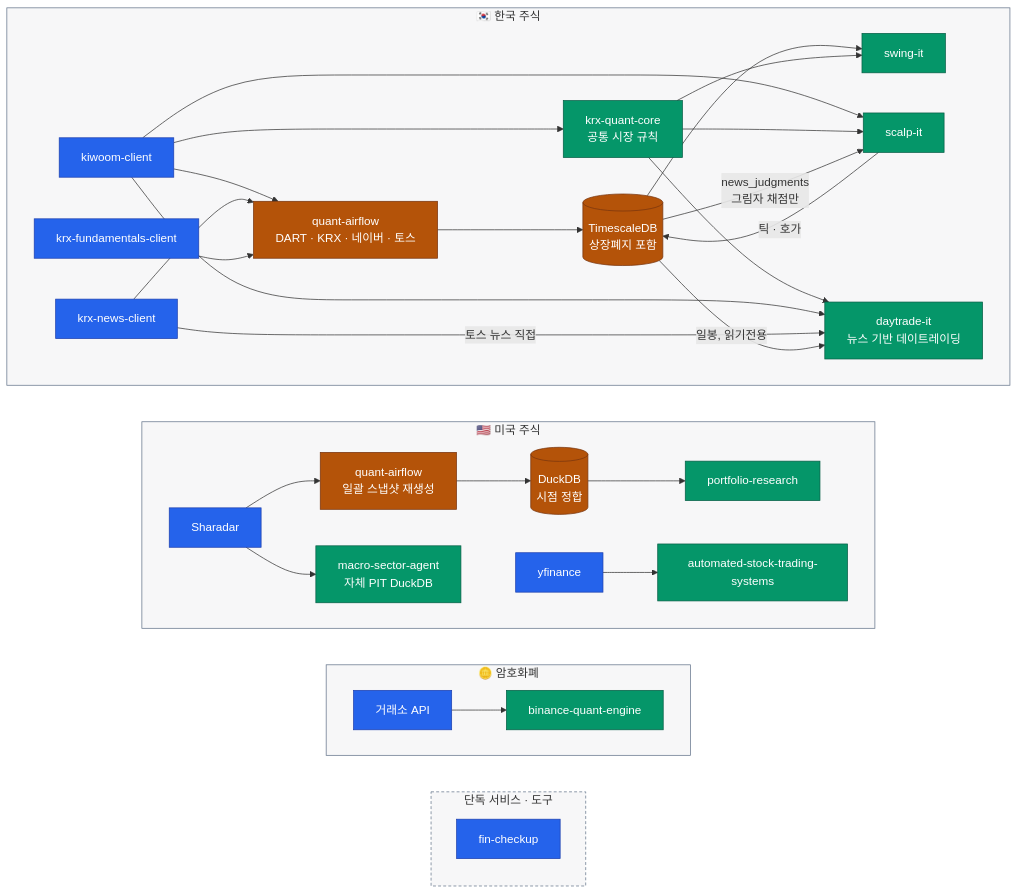
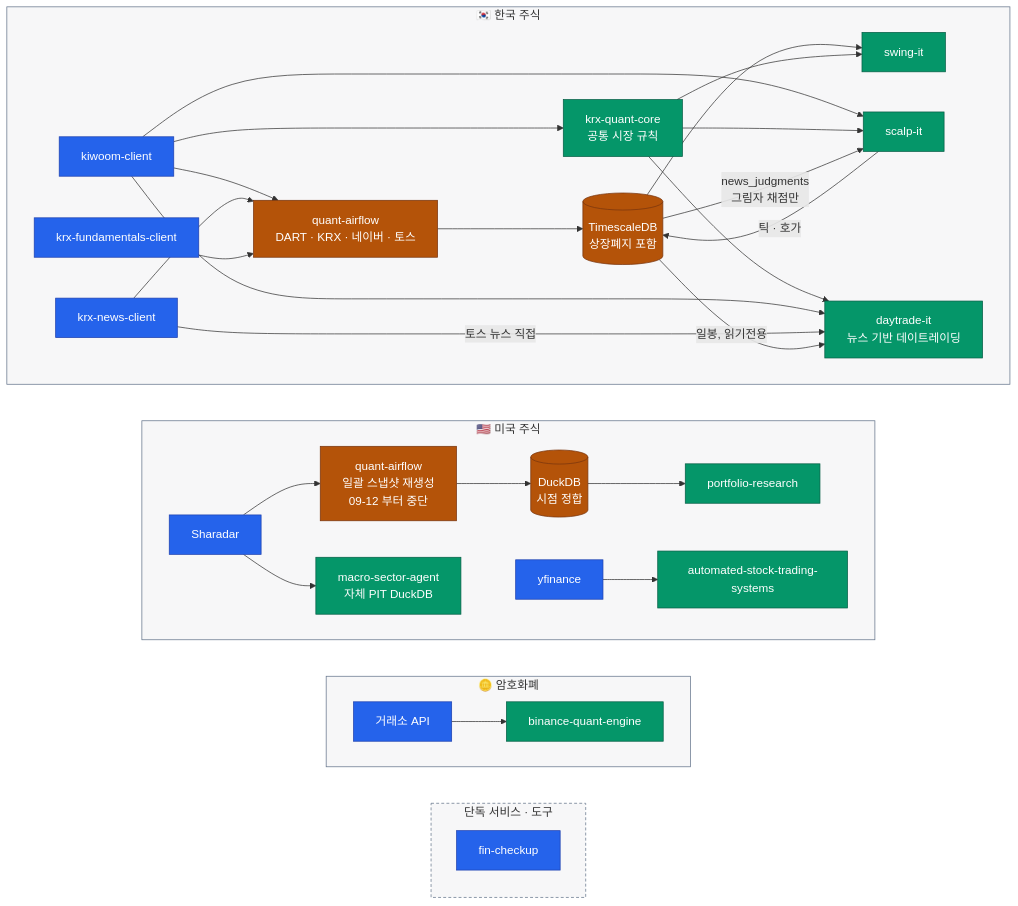
Before and after one commit to younghwan91/younghwan91: the first of 3 diagrams in README.ko.md, drawn with Mermaid. The commit also changed other lines of this file and 1 other file, not shown here.

First line of the commit message:
docs(readme): 09-14~16 변경 반영 — Sharadar 중단, krx-quant-core 0.4, daytrade-it 5종목, CI 게이트 동기화

````diff
--- a/README.ko.md
+++ b/README.ko.md
@@ -22,52 +22,52 @@
 ```mermaid
 flowchart TB
     subgraph KR ["🇰🇷 한국 주식"]
         direction LR
         K["kiwoom-client"] --> AF["quant-airflow<br/>DART · KRX · 네이버 · 토스"] --> DB[("TimescaleDB<br/>상장폐지 포함")] --> Q["swing-it"]
         NW["krx-news-client"] --> AF
         F["krx-fundamentals-client"] --> AF
         K --> SC["scalp-it"]
         KC["krx-quant-core<br/>공통 시장 규칙"] --> SC
         KC --> KSIG
         KC --> Q
         K --> KC
         SC -- "틱 · 호가" --> DB
         DB -- "news_judgments<br/>그림자 채점만" --> SC
         K --> KSIG["daytrade-it<br/>뉴스 기반 데이트레이딩"]
         NW -- "토스 뉴스 직접" --> KSIG
         DB -- "일봉, 읽기전용" --> KSIG
     end
 
     subgraph US ["🇺🇸 미국 주식"]
         direction LR
-        SH["Sharadar"] --> AFU["quant-airflow<br/>일괄 스냅샷 재생성"] --> DD[("DuckDB<br/>시점 정합")] --> O["portfolio-research"]
+        SH["Sharadar"] --> AFU["quant-airflow<br/>일괄 스냅샷 재생성<br/>09-12 부터 중단"] --> DD[("DuckDB<br/>시점 정합")] --> O["portfolio-research"]
         SH --> MS["macro-sector-agent<br/>자체 PIT DuckDB"]
         YF["yfinance"] --> AT["automated-stock-trading-systems"]
     end
 
     subgraph CX ["🪙 암호화폐"]
         direction LR
         EX["거래소 API"] --> CR["binance-quant-engine"]
     end
 
     subgraph SVC ["단독 서비스 · 도구"]
         direction TB
         FC["fin-checkup"]
     end
 
     %% 세로 정렬용 — `~~~` 는 그 자체로 보이지 않는 링크다(linkStyle 불필요).
     KR ~~~ US ~~~ CX ~~~ SVC
 
     classDef source fill:#2563EB,stroke:#1E40AF,color:#FFFFFF
     classDef move   fill:#B45309,stroke:#78350F,color:#FFFFFF
     classDef out    fill:#059669,stroke:#065F46,color:#FFFFFF
 
     class K,SH,YF,EX,F,NW,FC source
     class AF,AFU,DB,DD move
     class Q,O,AT,CR,SC,MS,KSIG,KC out
 
     style KR  fill:#0F172A08,stroke:#64748B
     style US  fill:#0F172A08,stroke:#64748B
     style CX  fill:#0F172A08,stroke:#64748B
     style SVC fill:#0F172A08,stroke:#64748B,stroke-dasharray:4 3
 ```
````
